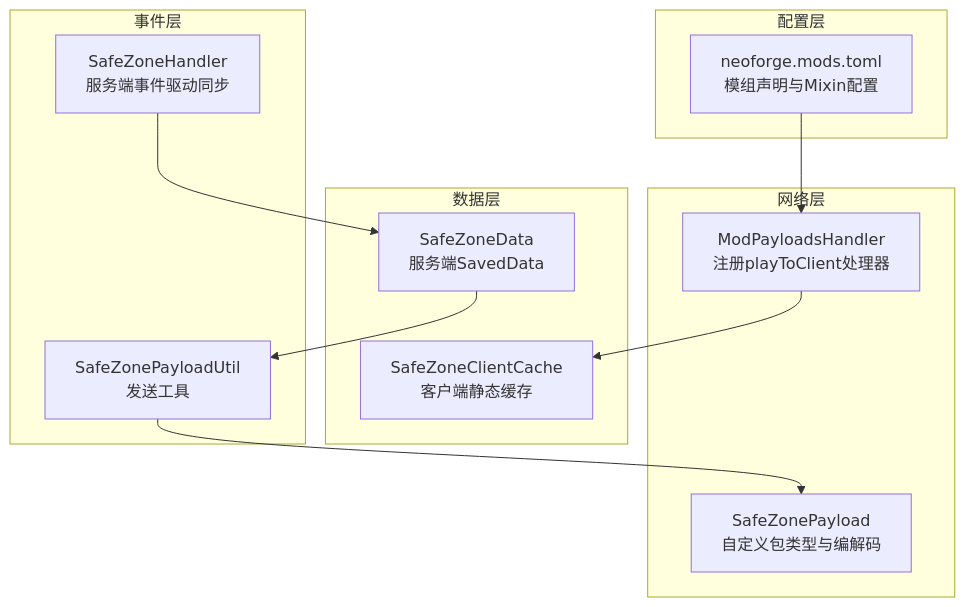
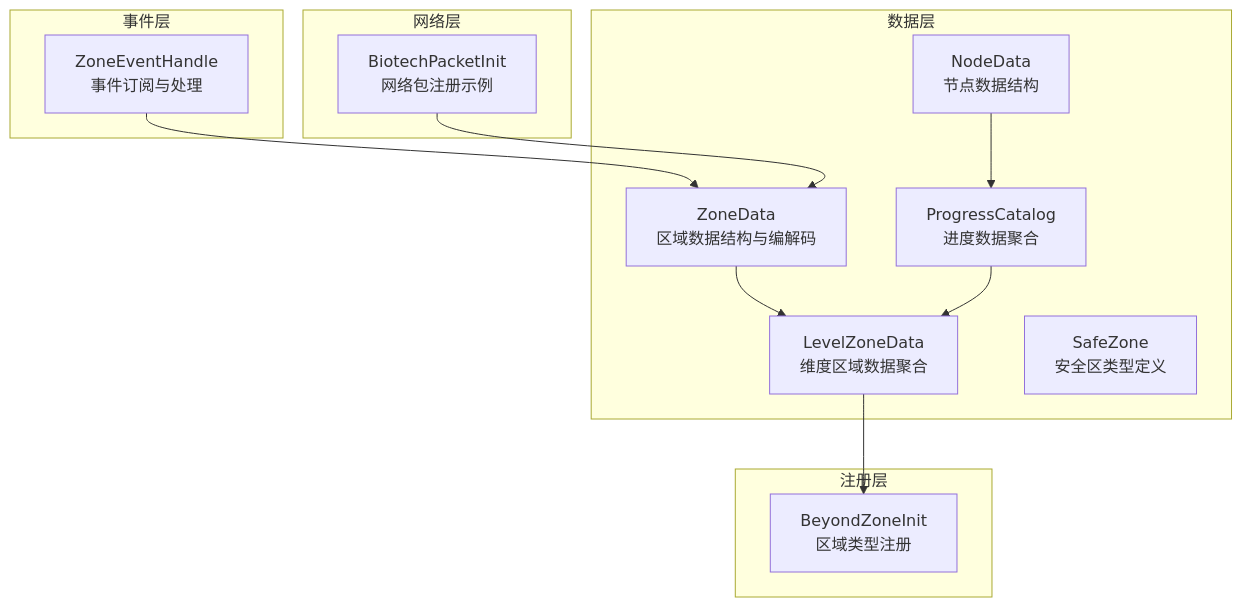
The first of 5 diagrams in .qoder/repowiki/zh/content/安全区系统/网络同步机制.md (Ver-shift/SubModulesGeneHunter), drawn with Mermaid before and after one commit. The commit also changed other lines of this file and 42 other files, not shown here.

````diff
--- a/.qoder/repowiki/zh/content/安全区系统/网络同步机制.md
+++ b/.qoder/repowiki/zh/content/安全区系统/网络同步机制.md
@@ -39,23 +47,25 @@
 ```mermaid
 graph TB
-subgraph "网络层"
-P["SafeZonePayload<br/>自定义包类型与编解码"]
-MP["ModPayloadsHandler<br/>注册playToClient处理器"]
+subgraph "事件层"
+ZE["ZoneEventHandle<br/>事件订阅与处理"]
 end
 subgraph "数据层"
-SD["SafeZoneData<br/>服务端SavedData"]
-SC["SafeZoneClientCache<br/>客户端静态缓存"]
+ZD["ZoneData<br/>区域数据结构与编解码"]
+LZD["LevelZoneData<br/>维度区域数据聚合"]
+SD["SafeZone<br/>安全区类型定义"]
+ND["NodeData<br/>节点数据结构"]
+PC["ProgressCatalog<br/>进度数据聚合"]
 end
-subgraph "事件层"
-SH["SafeZoneHandler<br/>服务端事件驱动同步"]
-U["SafeZonePayloadUtil<br/>发送工具"]
+subgraph "注册层"
+BZI["BeyondZoneInit<br/>区域类型注册"]
 end
-subgraph "配置层"
-T["neoforge.mods.toml<br/>模组声明与Mixin配置"]
+subgraph "网络层"
+BPI["BiotechPacketInit<br/>网络包注册示例"]
 end
-SH --> SD
-SD --> U
-U --> P
-MP --> SC
-T --> MP
+ZE --> ZD
+ZD --> LZD
+LZD --> BZI
+ND --> PC
+PC --> LZD
+BPI --> ZD
 ```
````
